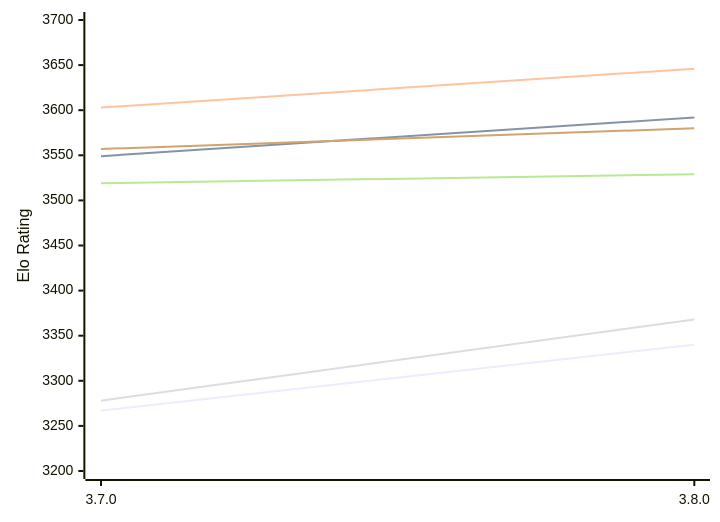
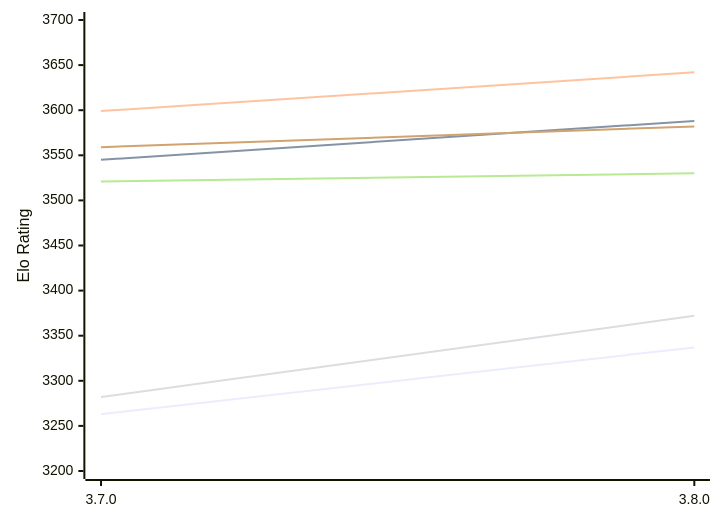
The first of 2 diagrams in engines/Igel.md (computer-chess-index/cci), drawn with Mermaid before and after one commit. The commit also changed other lines of this file, not shown here.

Commit message:
Update CCI Ratings (ELO VLTC) - 2026-11-21

````diff
--- a/engines/Igel.md
+++ b/engines/Igel.md
@@ -51,12 +51,12 @@
 ```mermaid
 %%{init: {"theme":"base","themeVariables":{"seriesColors:['#a3a3a3','#222221','#faa371']}}}%%
 xychart-beta
   x-axis ["3.7.0", "3.8.0"]
   y-axis "Elo Rating" 3200 --> 3700
-  line "E1: STC (8.0+0.08s)" [3267, 3340]
-  line "E1: LTC (60.0+0.60s)" [3549, 3592]
-  line "E1: VLTC (2m24s+1.12s)" [3603, 3646]
-  line "P1: STC (8.0+0.08s)" [3278, 3368]
-  line "P1: LTC (60.0+0.60s)" [3519, 3529]
-  line "P1: VLTC (2m24s+1.12s)" [3557, 3580]
+  line "E1: STC (8.0+0.08s)" [3263, 3337]
+  line "E1: LTC (60.0+0.60s)" [3545, 3588]
+  line "E1: VLTC (2m24s+1.12s)" [3599, 3642]
+  line "P1: STC (8.0+0.08s)" [3282, 3372]
+  line "P1: LTC (60.0+0.60s)" [3521, 3530]
+  line "P1: VLTC (2m24s+1.12s)" [3559, 3582]
 ```
````
